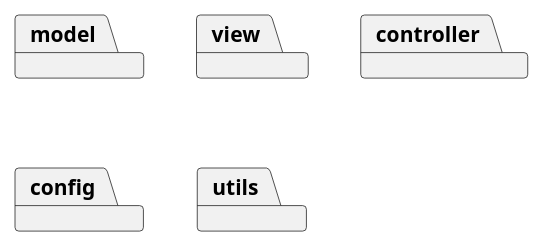
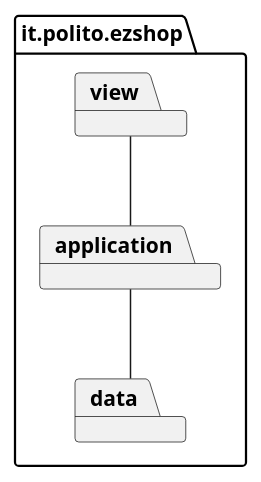
The first of 2 diagrams in Deliverables/DesignDocument.md (mspronesti/ezshop), drawn with PlantUML before and after one commit. The commit also changed other lines of this file, not shown here.

Commit message:
feat(design): complete high and low level diagrams

````diff
--- a/Deliverables/DesignDocument.md
+++ b/Deliverables/DesignDocument.md
@@ -31,9 +31,11 @@
 ```plantuml
 @startuml
-package model
-package view
-package controller
-package config
-package utils
+package it.polito.ezshop {
+    package data
+    package view
+    package application
+}
+view -- application
+application -- data
 @enduml
 ```
````
